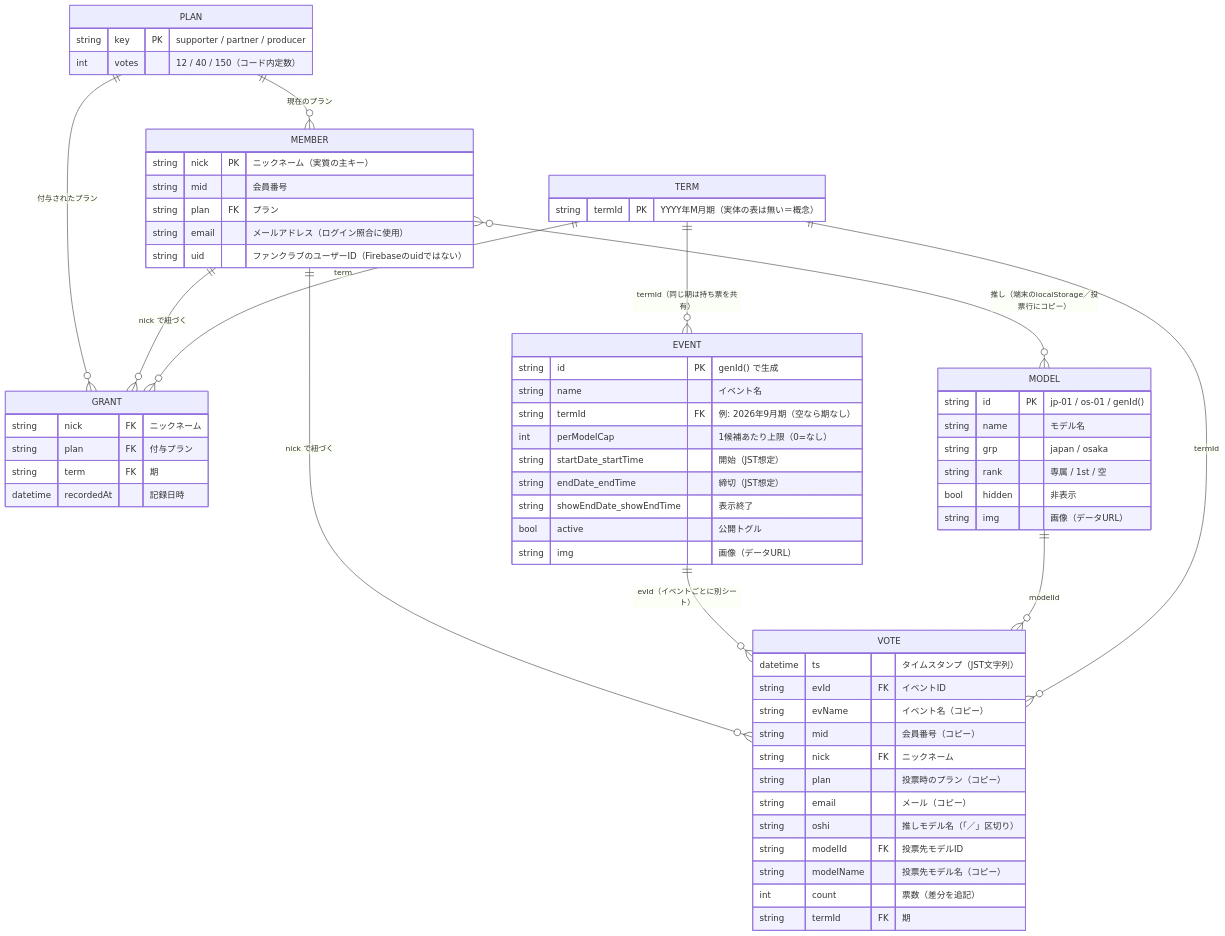
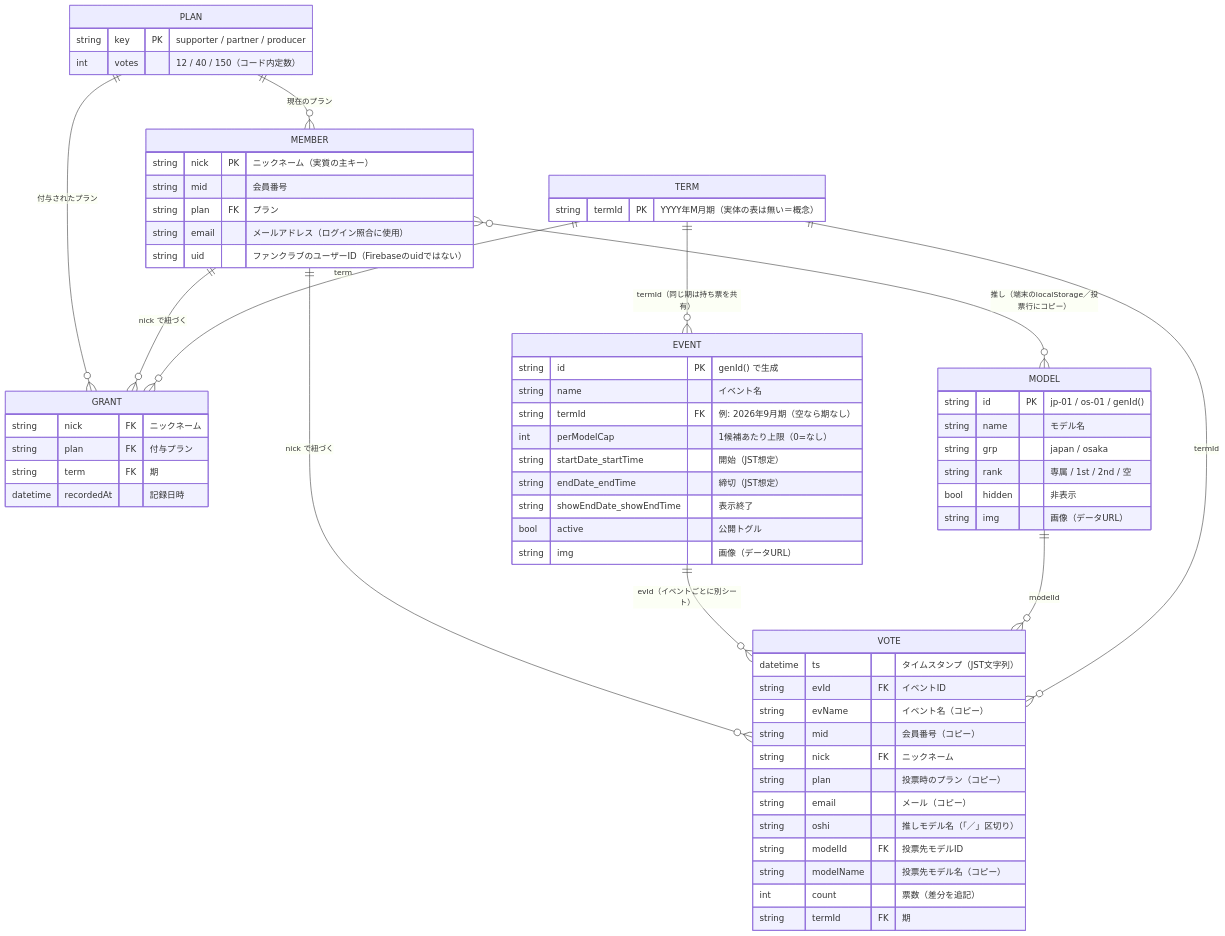
The diagram in docs/er-diagram.md (reasonholdings/iito-voting), drawn with Mermaid before and after one commit. The commit also changed 2 other files, not shown here.

Commit message:
投票画面にモデルランクの切り替えボタンを追加し、ランク「2nd」を追加
- JAPAN/OSAKA タブの下に「すべて・専属・1st・2nd・その他」の切り替えボタン（人数つき）
- 管理画面のモデルランクに「2nd」を追加
- docs/handoff.md と docs/er-diagram.md を更新

Claude-Session: https://claude.ai/code/session_01BkzdjShHx6nJnNfq926rFt

````diff
--- a/docs/er-diagram.md
+++ b/docs/er-diagram.md
@@ -17,67 +17,67 @@
 ```mermaid
 erDiagram
     PLAN ||--o{ MEMBER : "現在のプラン"
     PLAN ||--o{ GRANT : "付与されたプラン"
     MEMBER ||--o{ GRANT : "nick で紐づく"
     MEMBER ||--o{ VOTE : "nick で紐づく"
     EVENT ||--o{ VOTE : "evId（イベントごとに別シート）"
     MODEL ||--o{ VOTE : "modelId"
     TERM ||--o{ EVENT : "termId（同じ期は持ち票を共有）"
     TERM ||--o{ GRANT : "term"
     TERM ||--o{ VOTE : "termId"
     MEMBER }o--o{ MODEL : "推し（端末のlocalStorage／投票行にコピー）"
 
     PLAN {
         string key PK "supporter / partner / producer"
         int votes "12 / 40 / 150（コード内定数）"
     }
     MEMBER {
         string nick PK "ニックネーム（実質の主キー）"
         string mid "会員番号"
         string plan FK "プラン"
         string email "メールアドレス（ログイン照合に使用）"
         string uid "ファンクラブのユーザーID（Firebaseのuidではない）"
     }
     EVENT {
         string id PK "genId() で生成"
         string name "イベント名"
         string termId FK "例: 2026年9月期（空なら期なし）"
         int perModelCap "1候補あたり上限（0=なし）"
         string startDate_startTime "開始（JST想定）"
         string endDate_endTime "締切（JST想定）"
         string showEndDate_showEndTime "表示終了"
         bool active "公開トグル"
         string img "画像（データURL）"
     }
     MODEL {
         string id PK "jp-01 / os-01 / genId()"
         string name "モデル名"
         string grp "japan / osaka"
-        string rank "専属 / 1st / 空"
+        string rank "専属 / 1st / 2nd / 空"
         bool hidden "非表示"
         string img "画像（データURL）"
     }
     TERM {
         string termId PK "YYYY年M月期（実体の表は無い＝概念）"
     }
     VOTE {
         datetime ts "タイムスタンプ（JST文字列）"
         string evId FK "イベントID"
         string evName "イベント名（コピー）"
         string mid "会員番号（コピー）"
         string nick FK "ニックネーム"
         string plan "投票時のプラン（コピー）"
         string email "メール（コピー）"
         string oshi "推しモデル名（「／」区切り）"
         string modelId FK "投票先モデルID"
         string modelName "投票先モデル名（コピー）"
         int count "票数（差分を追記）"
         string termId FK "期"
     }
     GRANT {
         string nick FK "ニックネーム"
         string plan FK "付与プラン"
         string term FK "期"
         datetime recordedAt "記録日時"
     }
 ```
````
